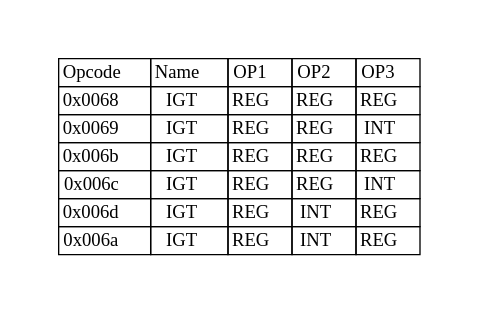
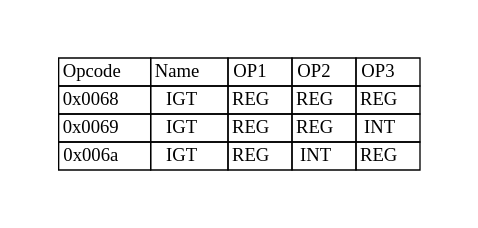
The diagram in docs/books/crexx_vm_spec/svg/igt.gv (adesutherland/CREXX), drawn with Graphviz before and after one commit. The commit also changed 207 other files, not shown here.

```diff
--- a/docs/books/crexx_vm_spec/svg/igt.gv
+++ b/docs/books/crexx_vm_spec/svg/igt.gv
@@ -1,14 +1,11 @@
 digraph{
 graph [pad="0.5", nodesep="0.5", ranksep="2" ]
 node[shape=plain]
 Foo [label=<
 <table border="0" cellborder="1" cellspacing="0">
 <tr><td> Opcode </td> <td> Name </td> <td> OP1 </td><td> OP2 </td><td> OP3 </td> </tr>
 <tr><td> 0x0068 </td><td> IGT </td><td> REG </td><td> REG </td><td> REG </td> </tr>
 <tr><td> 0x0069 </td><td> IGT </td><td> REG </td><td> REG </td><td> INT </td> </tr>
-<tr><td> 0x006b </td><td> IGT </td><td> REG </td><td> REG </td><td> REG </td> </tr>
-<tr><td> 0x006c </td><td> IGT </td><td> REG </td><td> REG </td><td> INT </td> </tr>
-<tr><td> 0x006d </td><td> IGT </td><td> REG </td><td> INT </td><td> REG </td> </tr>
 <tr><td> 0x006a </td><td> IGT </td><td> REG </td><td> INT </td><td> REG </td> </tr>
 </table>>];
 }
```
